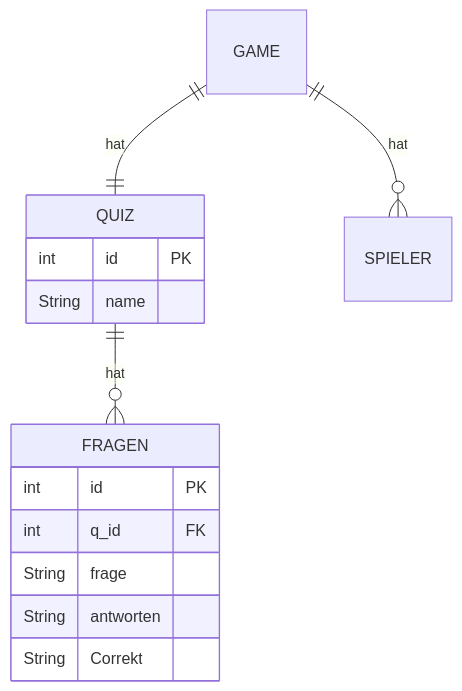
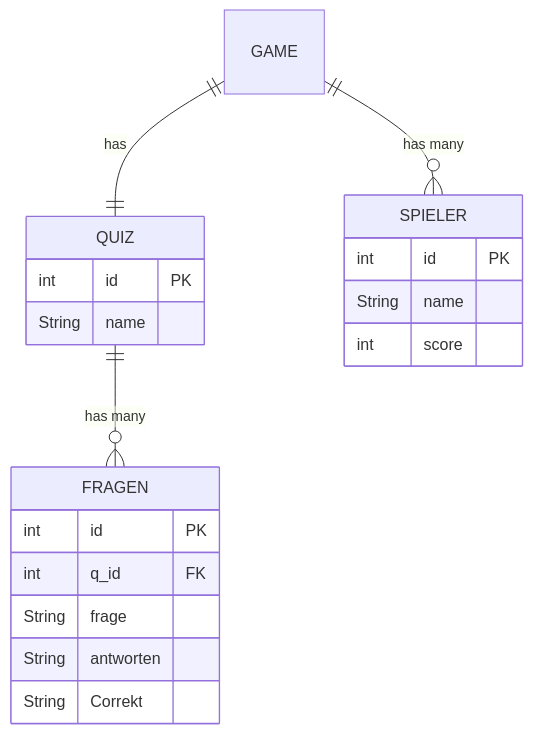
Before and after one commit to RoiJoleil/kahoot: the diagram in Backend/Datenbank.md, drawn with Mermaid. The commit also changed other lines of this file, not shown here.

````diff
--- a/Backend/Datenbank.md
+++ b/Backend/Datenbank.md
@@ -16,25 +2,28 @@
 ```mermaid
 erDiagram
 	GAME {
 	}
 	
 	QUIZ {
 		int id PK
 		String name
 	}
 	
 	FRAGEN {
 		int id PK
 		int q_id FK
 		String frage
 		String antworten
 		String Correkt
 	}
 	
 	SPIELER {
+		int id PK
+		String name
+		int score
 	}
 	
-	GAME ||--|| QUIZ : hat
-	GAME ||--o{ SPIELER : hat
-	QUIZ ||--o{ FRAGEN : hat
+	GAME ||--|| QUIZ : "has"
+	GAME ||--o{ SPIELER : "has many"
+	QUIZ ||--o{ FRAGEN : "has many"
 ```
````
